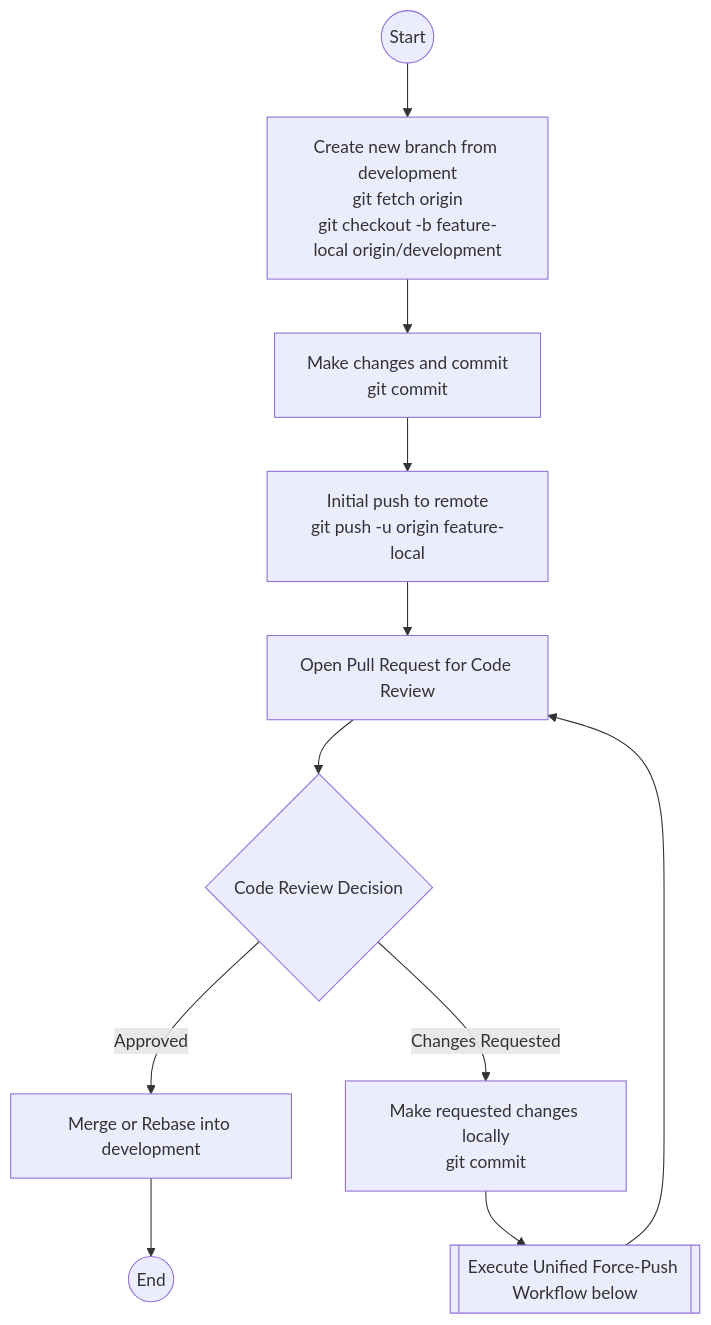
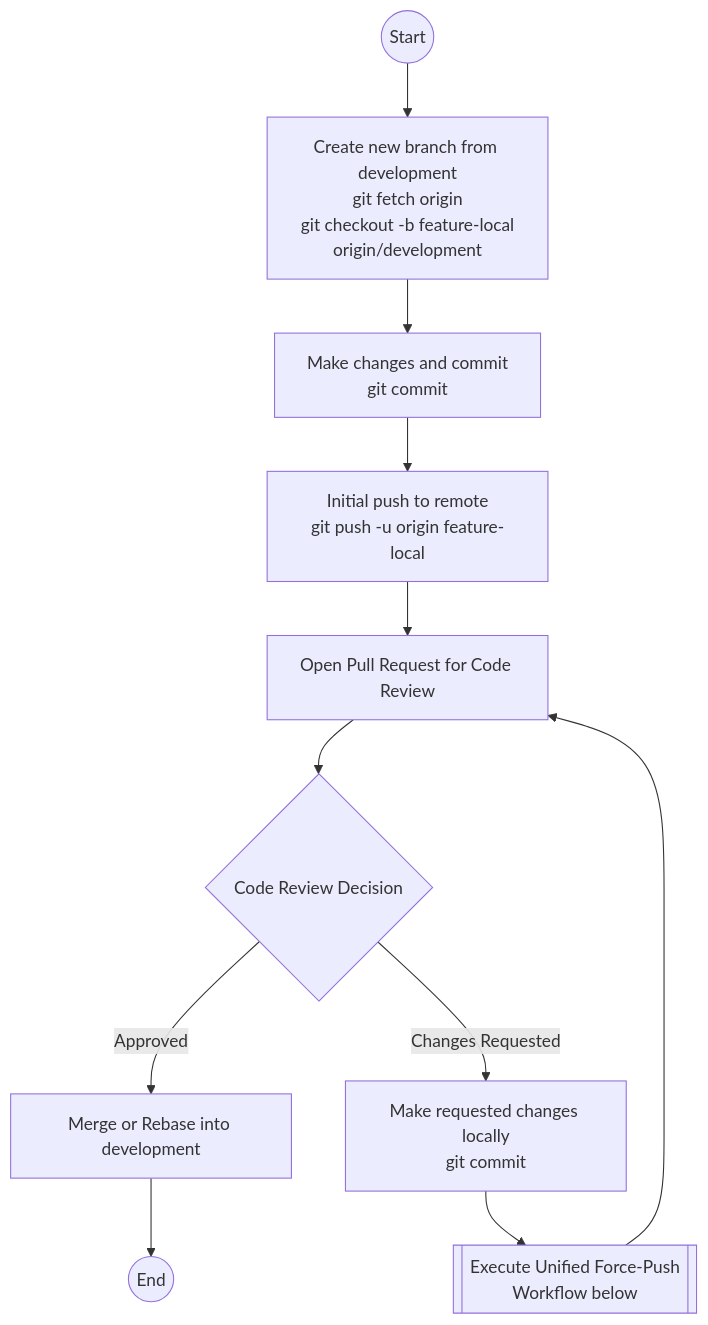
Before and after one commit to zurcacielos/git-rebase-explained-to-infinity: the first of 14 diagrams in README.md, drawn with Mermaid. The commit also changed other lines of this file, not shown here.

Commit message:
Prevent text truncation on all flowchart nodes

````diff
--- a/README.md
+++ b/README.md
@@ -58,20 +58,22 @@
 ```mermaid
 flowchart TD
     Start((Start)) --> Checkout["`Create new branch from development
     git fetch origin
-    git checkout -b feature-local origin/development`"]
+    git checkout -b feature-local
+    origin/development`"]
     Checkout --> Commit["`Make changes and commit
     git commit`"]
     Commit --> InitialPush["`Initial push to remote
     git push -u origin feature-local`"]
     InitialPush --> PR["`Open Pull Request for Code Review`"]
     PR --> Review{"`Code Review Decision`"}
     
     Review -- Approved --> Merge["`Merge or Rebase into development`"]
     Merge --> End((End))
     
     Review -- Changes Requested --> MoreCommits["`Make requested changes locally
     git commit`"]
-    MoreCommits --> UnifiedWorkflow[["`Execute Unified Force-Push Workflow below`"]]
+    MoreCommits --> UnifiedWorkflow[["`Execute Unified Force-Push
+    Workflow below`"]]
     UnifiedWorkflow --> PR
 ```
````
